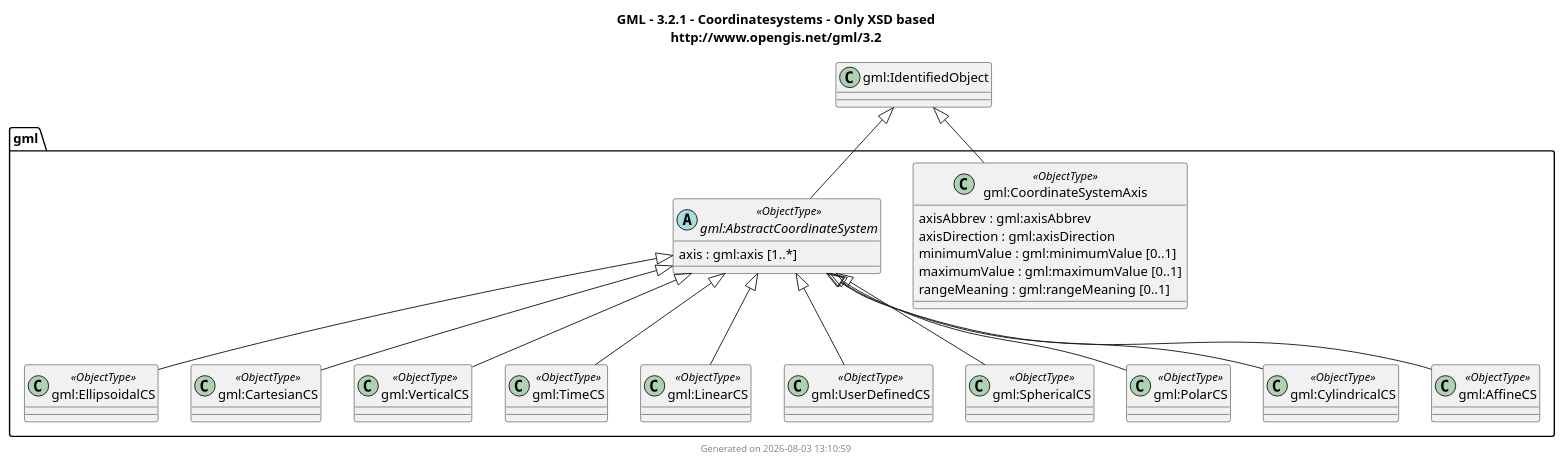
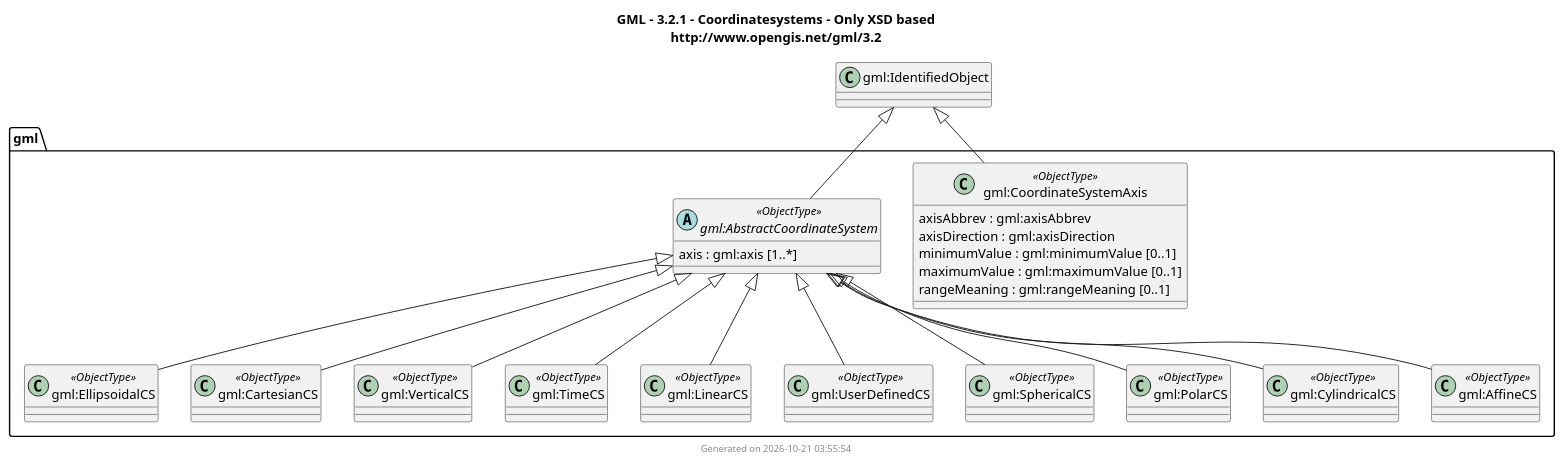
One commit to muratkendir/every-class changed the diagram in docs/output/GML/3.2.1/UMLClassDiagram/coordinatesystems.puml. Above: the diagram before and after it, drawn with PlantUML. The commit also changed 37 other files, not shown here.

Commit message:
cross-compilation diagram generation added.

```diff
--- a/docs/output/GML/3.2.1/UMLClassDiagram/coordinatesystems.puml
+++ b/docs/output/GML/3.2.1/UMLClassDiagram/coordinatesystems.puml
@@ -1,87 +1,87 @@
 @startuml
 title
   GML - 3.2.1 - Coordinatesystems - Only XSD based
   http://www.opengis.net/gml/3.2
 end title
 
 package gml {
-class "gml:CoordinateSystemAxis" <<ObjectType>> {
+class "gml:CoordinateSystemAxis" as gml_CoordinateSystemAxis <<ObjectType>> {
   axisAbbrev : gml:axisAbbrev
   axisDirection : gml:axisDirection
   minimumValue : gml:minimumValue [0..1]
   maximumValue : gml:maximumValue [0..1]
   rangeMeaning : gml:rangeMeaning [0..1]
 }
-class "gml:CoordinateSystemAxisProperty" $property {
+class "gml:CoordinateSystemAxisProperty" as gml_CoordinateSystemAxisProperty $property {
   CoordinateSystemAxis : gml:CoordinateSystemAxis
 }
-abstract class "gml:AbstractCoordinateSystem" <<ObjectType>> {
+abstract class "gml:AbstractCoordinateSystem" as gml_AbstractCoordinateSystem <<ObjectType>> {
   axis : gml:axis [1..*]
 }
-class "gml:CoordinateSystemProperty" $property {
+class "gml:CoordinateSystemProperty" as gml_CoordinateSystemProperty $property {
   AbstractCoordinateSystem : gml:AbstractCoordinateSystem
 }
-class "gml:EllipsoidalCS" <<ObjectType>>
-class "gml:EllipsoidalCSProperty" $property {
+class "gml:EllipsoidalCS" as gml_EllipsoidalCS <<ObjectType>>
+class "gml:EllipsoidalCSProperty" as gml_EllipsoidalCSProperty $property {
   EllipsoidalCS : gml:EllipsoidalCS
 }
-class "gml:CartesianCS" <<ObjectType>>
-class "gml:CartesianCSProperty" $property {
+class "gml:CartesianCS" as gml_CartesianCS <<ObjectType>>
+class "gml:CartesianCSProperty" as gml_CartesianCSProperty $property {
   CartesianCS : gml:CartesianCS
 }
-class "gml:VerticalCS" <<ObjectType>>
-class "gml:VerticalCSProperty" $property {
+class "gml:VerticalCS" as gml_VerticalCS <<ObjectType>>
+class "gml:VerticalCSProperty" as gml_VerticalCSProperty $property {
   VerticalCS : gml:VerticalCS
 }
-class "gml:TimeCS" <<ObjectType>>
-class "gml:TimeCSProperty" $property {
+class "gml:TimeCS" as gml_TimeCS <<ObjectType>>
+class "gml:TimeCSProperty" as gml_TimeCSProperty $property {
   TimeCS : gml:TimeCS
 }
-class "gml:LinearCS" <<ObjectType>>
-class "gml:LinearCSProperty" $property {
+class "gml:LinearCS" as gml_LinearCS <<ObjectType>>
+class "gml:LinearCSProperty" as gml_LinearCSProperty $property {
   LinearCS : gml:LinearCS
 }
-class "gml:UserDefinedCS" <<ObjectType>>
-class "gml:UserDefinedCSProperty" $property {
+class "gml:UserDefinedCS" as gml_UserDefinedCS <<ObjectType>>
+class "gml:UserDefinedCSProperty" as gml_UserDefinedCSProperty $property {
   UserDefinedCS : gml:UserDefinedCS
 }
-class "gml:SphericalCS" <<ObjectType>>
-class "gml:SphericalCSProperty" $property {
+class "gml:SphericalCS" as gml_SphericalCS <<ObjectType>>
+class "gml:SphericalCSProperty" as gml_SphericalCSProperty $property {
   SphericalCS : gml:SphericalCS
 }
-class "gml:PolarCS" <<ObjectType>>
-class "gml:PolarCSProperty" $property {
+class "gml:PolarCS" as gml_PolarCS <<ObjectType>>
+class "gml:PolarCSProperty" as gml_PolarCSProperty $property {
   PolarCS : gml:PolarCS
 }
-class "gml:CylindricalCS" <<ObjectType>>
-class "gml:CylindricalCSProperty" $property {
+class "gml:CylindricalCS" as gml_CylindricalCS <<ObjectType>>
+class "gml:CylindricalCSProperty" as gml_CylindricalCSProperty $property {
   CylindricalCS : gml:CylindricalCS
 }
-class "gml:AffineCS" <<ObjectType>>
-class "gml:AffineCSProperty" $property {
+class "gml:AffineCS" as gml_AffineCS <<ObjectType>>
+class "gml:AffineCSProperty" as gml_AffineCSProperty $property {
   AffineCS : gml:AffineCS
 }
 }
 
 ' External types (unresolved namespaces)
-class "gml:IdentifiedObject"
+class "gml:IdentifiedObject" as gml_IdentifiedObject
 
-"gml:IdentifiedObject" <|-- "gml:CoordinateSystemAxis"
-"gml:IdentifiedObject" <|-- "gml:AbstractCoordinateSystem"
-"gml:AbstractCoordinateSystem" <|-- "gml:EllipsoidalCS"
-"gml:AbstractCoordinateSystem" <|-- "gml:CartesianCS"
-"gml:AbstractCoordinateSystem" <|-- "gml:VerticalCS"
-"gml:AbstractCoordinateSystem" <|-- "gml:TimeCS"
-"gml:AbstractCoordinateSystem" <|-- "gml:LinearCS"
-"gml:AbstractCoordinateSystem" <|-- "gml:UserDefinedCS"
-"gml:AbstractCoordinateSystem" <|-- "gml:SphericalCS"
-"gml:AbstractCoordinateSystem" <|-- "gml:PolarCS"
-"gml:AbstractCoordinateSystem" <|-- "gml:CylindricalCS"
-"gml:AbstractCoordinateSystem" <|-- "gml:AffineCS"
+"gml_IdentifiedObject" <|-- "gml_CoordinateSystemAxis"
+"gml_IdentifiedObject" <|-- "gml_AbstractCoordinateSystem"
+"gml_AbstractCoordinateSystem" <|-- "gml_EllipsoidalCS"
+"gml_AbstractCoordinateSystem" <|-- "gml_CartesianCS"
+"gml_AbstractCoordinateSystem" <|-- "gml_VerticalCS"
+"gml_AbstractCoordinateSystem" <|-- "gml_TimeCS"
+"gml_AbstractCoordinateSystem" <|-- "gml_LinearCS"
+"gml_AbstractCoordinateSystem" <|-- "gml_UserDefinedCS"
+"gml_AbstractCoordinateSystem" <|-- "gml_SphericalCS"
+"gml_AbstractCoordinateSystem" <|-- "gml_PolarCS"
+"gml_AbstractCoordinateSystem" <|-- "gml_CylindricalCS"
+"gml_AbstractCoordinateSystem" <|-- "gml_AffineCS"
 
 ' Property pseudo-classes are removed from rendering by default;
 ' remove the next line to show them.
 remove $property
 
-footer Generated on 2026-08-03 13:10:59
+footer Generated on 2026-10-21 03:55:54
 @enduml
```
